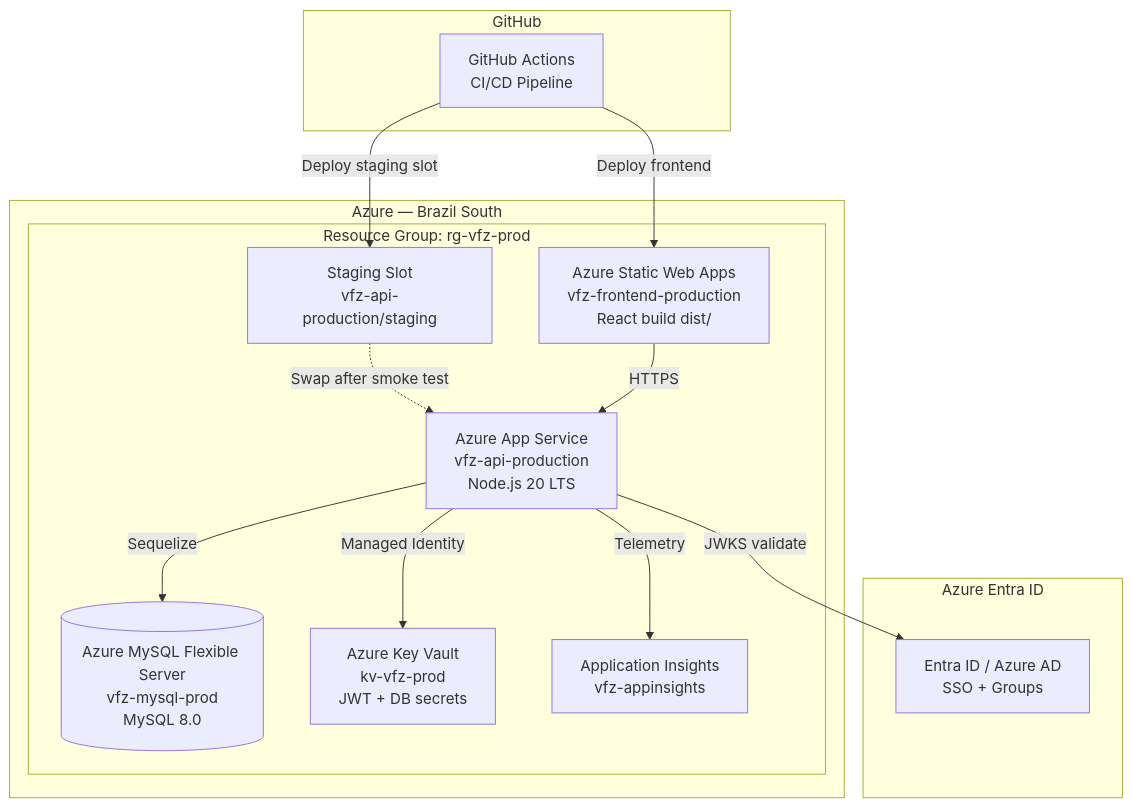
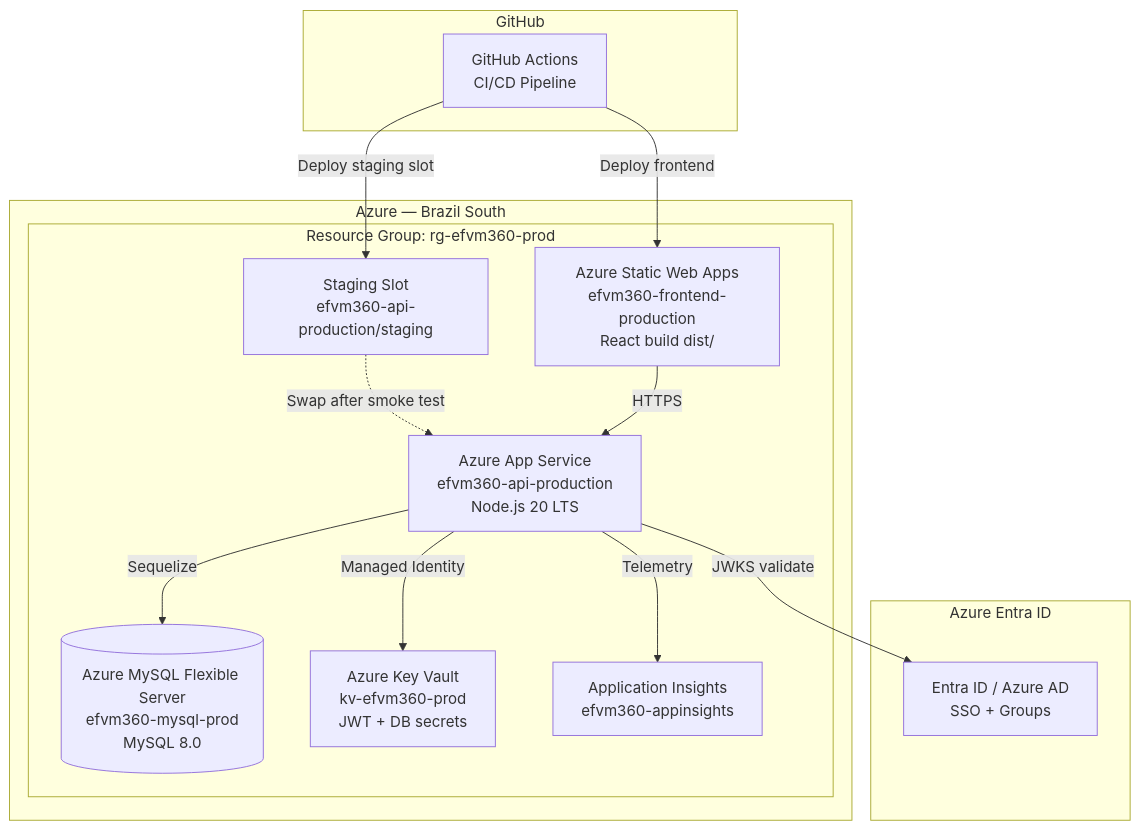
Before and after one commit to GregoryGSPinto/efvm360: the fifth of 6 diagrams in docs/ARCHITECTURE.md, drawn with Mermaid. The commit also changed other lines of this file and 130 other files, not shown here.

Commit message:
refactor: rename VFZ → EFVM360 branding across entire project

````diff
--- a/docs/ARCHITECTURE.md
+++ b/docs/ARCHITECTURE.md
@@ -133,28 +133,28 @@
 ```mermaid
 graph TB
   subgraph "Azure — Brazil South"
-    subgraph "Resource Group: rg-vfz-prod"
-      SWA[Azure Static Web Apps<br>vfz-frontend-production<br>React build dist/]
-      ASP[Azure App Service<br>vfz-api-production<br>Node.js 20 LTS]
-      ASP_STG[Staging Slot<br>vfz-api-production/staging]
-      MySQL[(Azure MySQL Flexible Server<br>vfz-mysql-prod<br>MySQL 8.0)]
-      KV[Azure Key Vault<br>kv-vfz-prod<br>JWT + DB secrets]
-      AI[Application Insights<br>vfz-appinsights]
+    subgraph "Resource Group: rg-efvm360-prod"
+      SWA[Azure Static Web Apps<br>efvm360-frontend-production<br>React build dist/]
+      ASP[Azure App Service<br>efvm360-api-production<br>Node.js 20 LTS]
+      ASP_STG[Staging Slot<br>efvm360-api-production/staging]
+      MySQL[(Azure MySQL Flexible Server<br>efvm360-mysql-prod<br>MySQL 8.0)]
+      KV[Azure Key Vault<br>kv-efvm360-prod<br>JWT + DB secrets]
+      AI[Application Insights<br>efvm360-appinsights]
     end
   end
   subgraph "Azure Entra ID"
     AAD[Entra ID / Azure AD<br>SSO + Groups]
   end
   subgraph "GitHub"
     GH[GitHub Actions<br>CI/CD Pipeline]
   end
 
   GH -->|Deploy frontend| SWA
   GH -->|Deploy staging slot| ASP_STG
   ASP_STG -.->|Swap after smoke test| ASP
   ASP -->|Managed Identity| KV
   ASP -->|Sequelize| MySQL
   ASP -->|Telemetry| AI
   SWA -->|HTTPS| ASP
   ASP -->|JWKS validate| AAD
 ```
````
